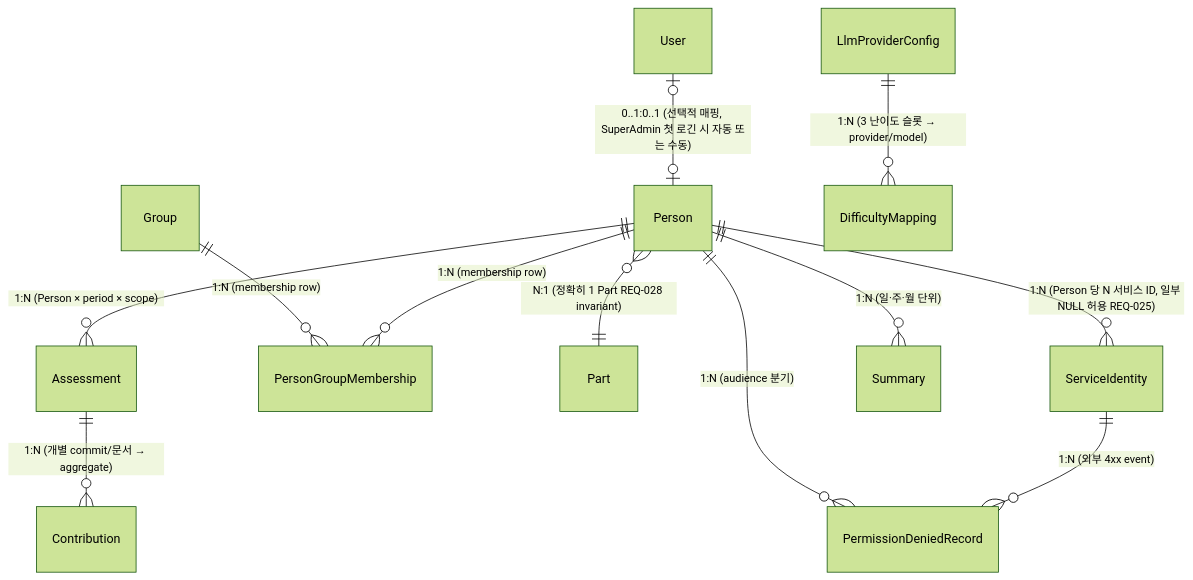
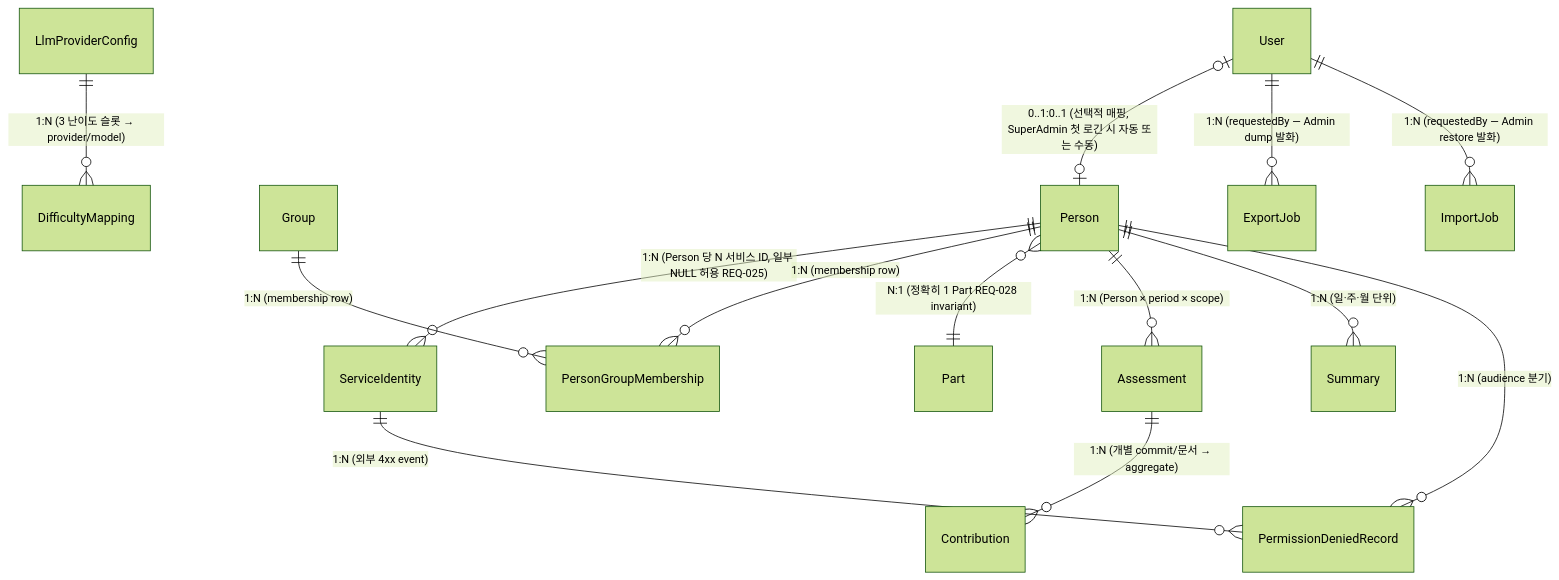
The diagram in docs/architecture/data-model.md (myungjoo/Assessment-Agent), drawn with Mermaid (forest theme) before and after one commit. The commit also changed other lines of this file and 1 other file, not shown here.

````diff
--- a/docs/architecture/data-model.md
+++ b/docs/architecture/data-model.md
@@ -42,14 +44,16 @@
 ```mermaid
 erDiagram
     Person ||--o{ ServiceIdentity : "1:N (Person 당 N 서비스 ID, 일부 NULL 허용 REQ-025)"
     Person ||--o{ PersonGroupMembership : "1:N (membership row)"
     Group ||--o{ PersonGroupMembership : "1:N (membership row)"
     Person }o--|| Part : "N:1 (정확히 1 Part REQ-028 invariant)"
     Person ||--o{ Assessment : "1:N (Person × period × scope)"
     Person ||--o{ Summary : "1:N (일·주·월 단위)"
     Assessment ||--o{ Contribution : "1:N (개별 commit/문서 → aggregate)"
     User |o--o| Person : "0..1:0..1 (선택적 매핑, SuperAdmin 첫 로긴 시 자동 또는 수동)"
     LlmProviderConfig ||--o{ DifficultyMapping : "1:N (3 난이도 슬롯 → provider/model)"
     ServiceIdentity ||--o{ PermissionDeniedRecord : "1:N (외부 4xx event)"
     Person ||--o{ PermissionDeniedRecord : "1:N (audience 분기)"
+    User ||--o{ ExportJob : "1:N (requestedBy — Admin dump 발화)"
+    User ||--o{ ImportJob : "1:N (requestedBy — Admin restore 발화)"
 ```
````
